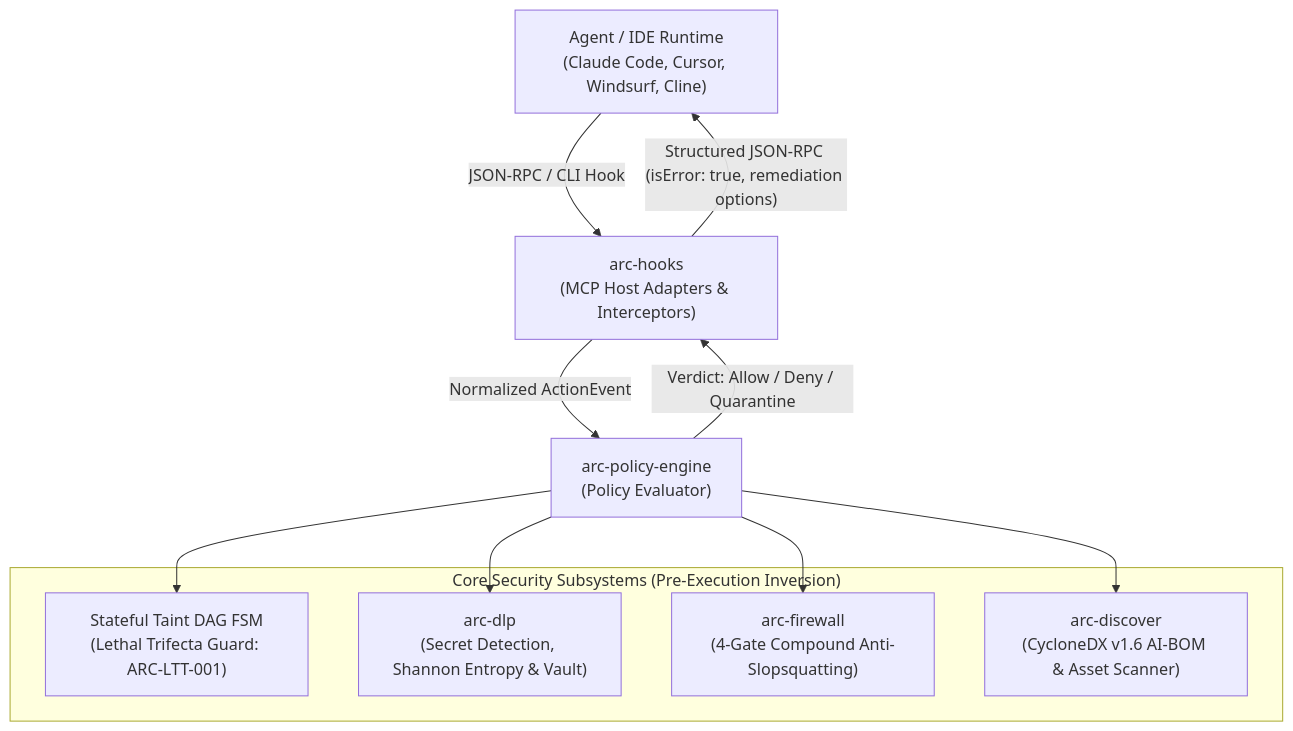
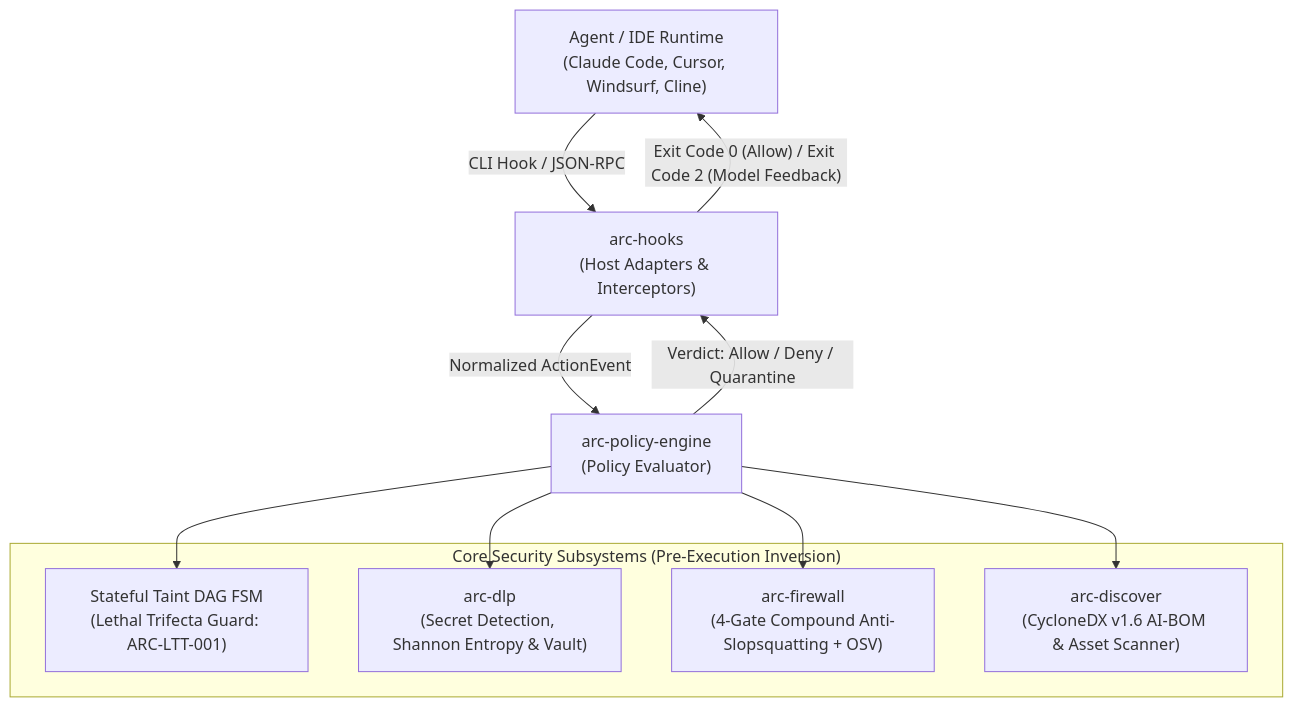
The diagram in README.md (noviqtechnologies/vexa-arc), drawn with Mermaid before and after one commit. The commit also changed other lines of this file and 14 other files, not shown here.

Commit message:
feat(release): update .gitignore, harden security architecture, and prepare release v1.0.0

````diff
--- a/README.md
+++ b/README.md
@@ -233,20 +266,20 @@
 ```mermaid
 flowchart TB
-    HOST["Agent / IDE Runtime\n(Claude Code, Cursor, Windsurf, Cline)"] -->|"JSON-RPC / CLI Hook"| HOOKS["arc-hooks\n(MCP Host Adapters & Interceptors)"]
+    HOST["Agent / IDE Runtime\n(Claude Code, Cursor, Windsurf, Cline)"] -->|"CLI Hook / JSON-RPC"| HOOKS["arc-hooks\n(Host Adapters & Interceptors)"]
     HOOKS -->|"Normalized ActionEvent"| ENGINE["arc-policy-engine\n(Policy Evaluator)"]
     
     subgraph ENGINE_SUBSYSTEMS["Core Security Subsystems (Pre-Execution Inversion)"]
         DAG["Stateful Taint DAG FSM\n(Lethal Trifecta Guard: ARC-LTT-001)"]
         DLP["arc-dlp\n(Secret Detection, Shannon Entropy & Vault)"]
-        FW["arc-firewall\n(4-Gate Compound Anti-Slopsquatting)"]
+        FW["arc-firewall\n(4-Gate Compound Anti-Slopsquatting + OSV)"]
         ATLAS["arc-discover\n(CycloneDX v1.6 AI-BOM & Asset Scanner)"]
     end
     
     ENGINE --> DAG
     ENGINE --> DLP
     ENGINE --> FW
     ENGINE --> ATLAS
     
     ENGINE -->|"Verdict: Allow / Deny / Quarantine"| HOOKS
-    HOOKS -->|"Structured JSON-RPC (isError: true, remediation options)"| HOST
+    HOOKS -->|"Exit Code 0 (Allow) / Exit Code 2 (Model Feedback)"| HOST
 ```
````
